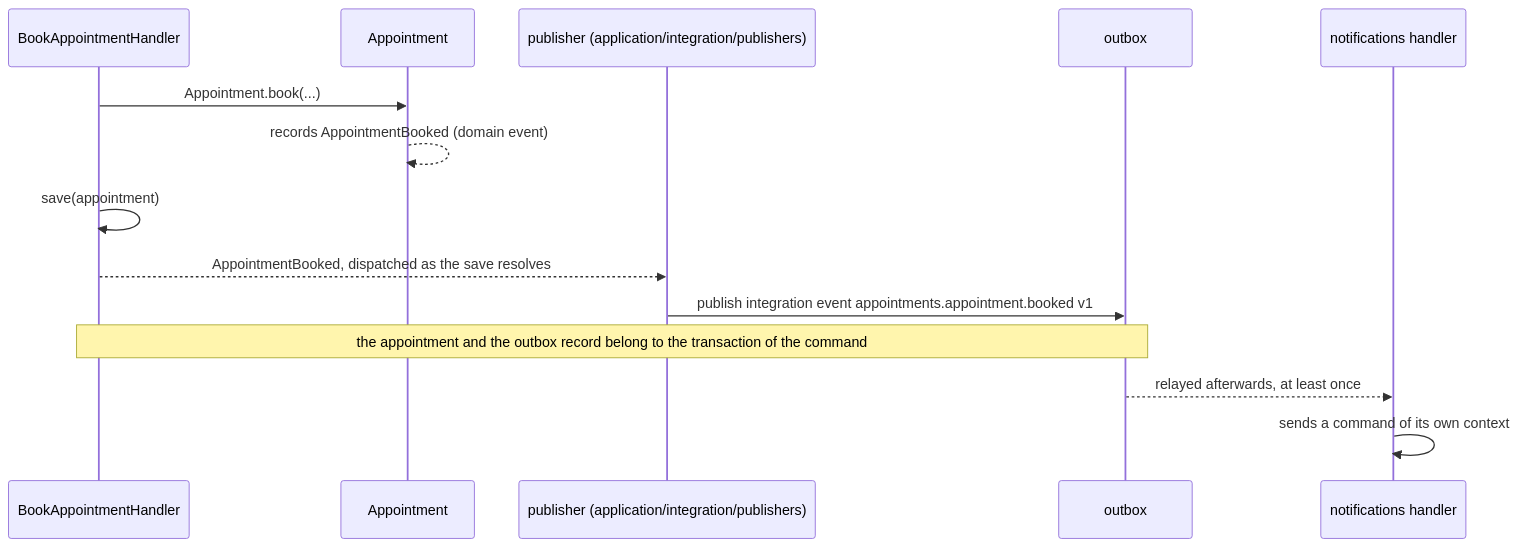
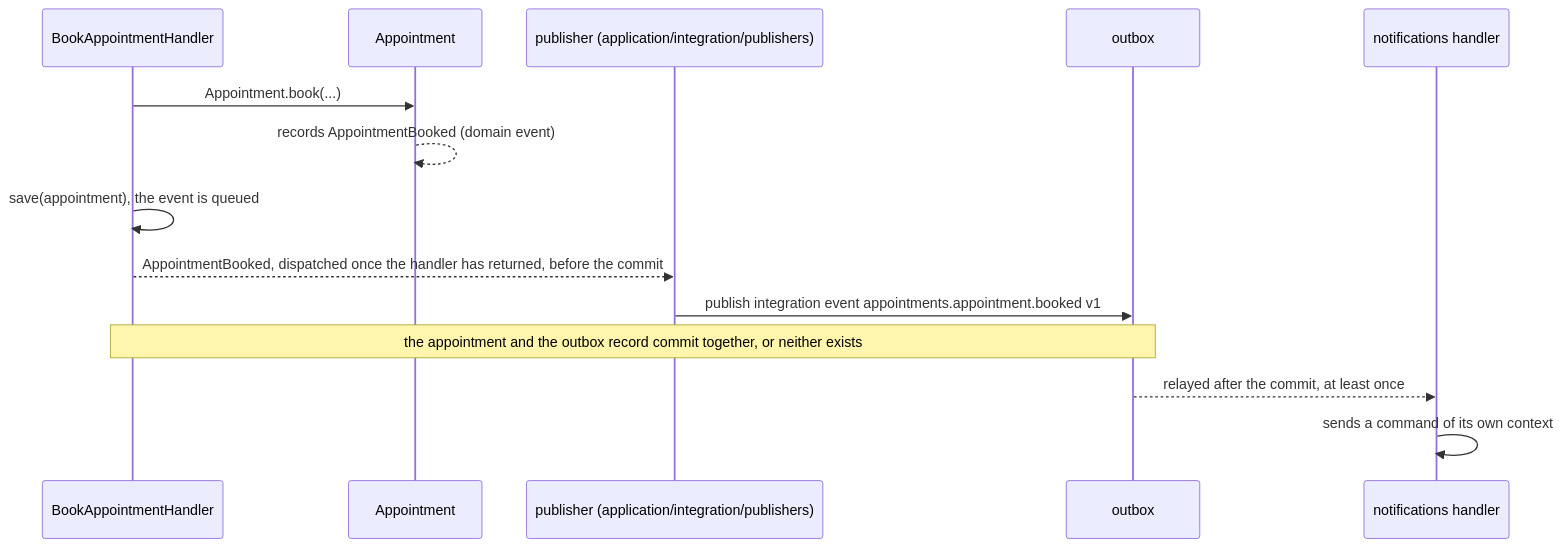
One commit to gbourgeat/ddd-ts-kit changed the first of 2 diagrams in docs/concepts/domain-and-integration-events.md. Above: the diagram before and after it, drawn with Mermaid. The commit also changed other lines of this file and 10 other files, not shown here.

````diff
--- a/docs/concepts/domain-and-integration-events.md
+++ b/docs/concepts/domain-and-integration-events.md
@@ -30,16 +30,16 @@
 ```mermaid
 sequenceDiagram
   participant H as BookAppointmentHandler
   participant A as Appointment
   participant P as publisher (application/integration/publishers)
   participant O as outbox
   participant N as notifications handler
   H->>A: Appointment.book(...)
   A-->>A: records AppointmentBooked (domain event)
-  H->>H: save(appointment)
-  H-->>P: AppointmentBooked, dispatched as the save resolves
+  H->>H: save(appointment), the event is queued
+  H-->>P: AppointmentBooked, dispatched once the handler has returned, before the commit
   P->>O: publish integration event appointments.appointment.booked v1
-  Note over H,O: the appointment and the outbox record belong to the transaction of the command
-  O-->>N: relayed afterwards, at least once
+  Note over H,O: the appointment and the outbox record commit together, or neither exists
+  O-->>N: relayed after the commit, at least once
   N->>N: sends a command of its own context
 ```
````
